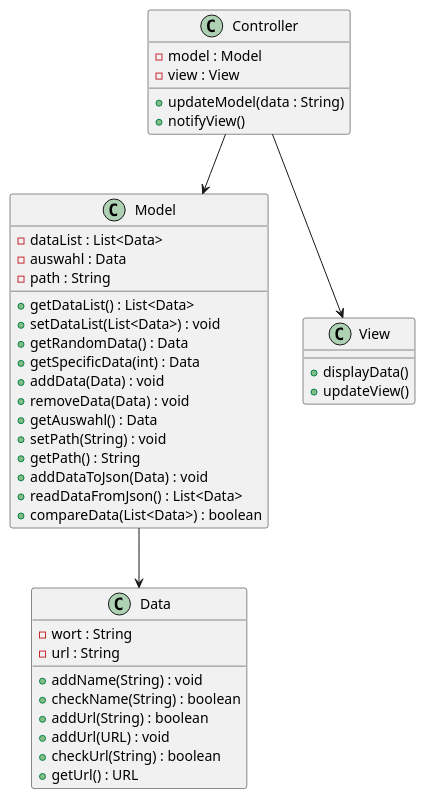
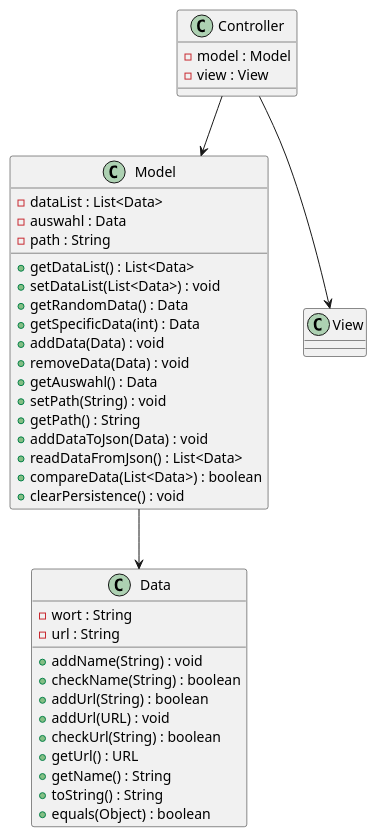
The diagram in worttrainer-reloaded.puml (TGM-HIT/sew9-2425-worttrainer-kbau3r), drawn with PlantUML before and after one commit.

Commit message:
Model,Data UML updated

```diff
--- a/worttrainer-reloaded.puml
+++ b/worttrainer-reloaded.puml
@@ -1,49 +1,49 @@
 @startuml
 'title: Worttrainer Reloaded - kbauer'
 
 class Model {
   -dataList : List<Data>
   -auswahl : Data
   -path : String
   +getDataList() : List<Data>
   +setDataList(List<Data>) : void
   +getRandomData() : Data
   +getSpecificData(int) : Data
   +addData(Data) : void
   +removeData(Data) : void
   +getAuswahl() : Data
   +setPath(String) : void
   +getPath() : String
   +addDataToJson(Data) : void
   +readDataFromJson() : List<Data>
   +compareData(List<Data>) : boolean
+  +clearPersistence() : void
 }
 
 class Data {
   -wort : String
   -url : String
   +addName(String) : void
   +checkName(String) : boolean
   +addUrl(String) : boolean
   +addUrl(URL) : void
   +checkUrl(String) : boolean
   +getUrl() : URL
+  +getName() : String
+  +toString() : String
+  +equals(Object) : boolean
 }
 
 class View {
-  +displayData()
-  +updateView()
 }
 
 class Controller {
   -model : Model
   -view : View
-  +updateModel(data : String)
-  +notifyView()
 }
 
 Controller --> Model
 Controller --> View
 Model --> Data
 
 @enduml
```
